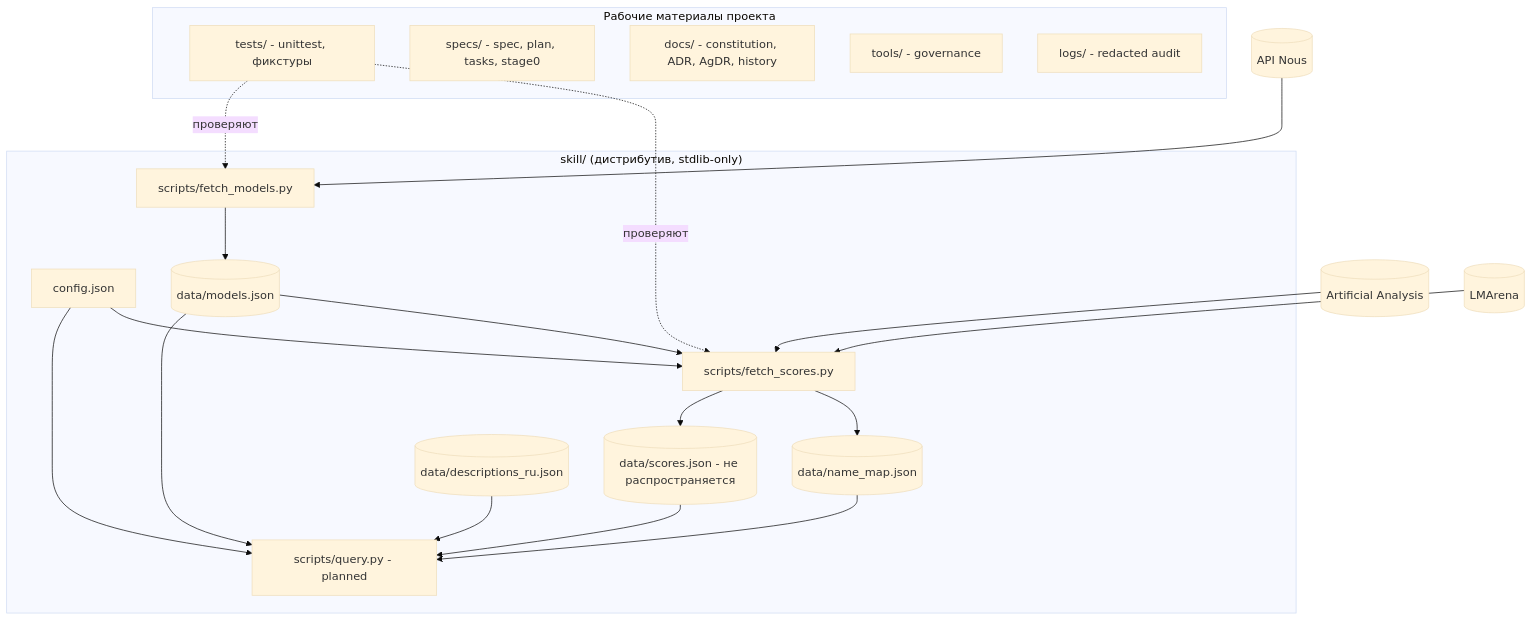
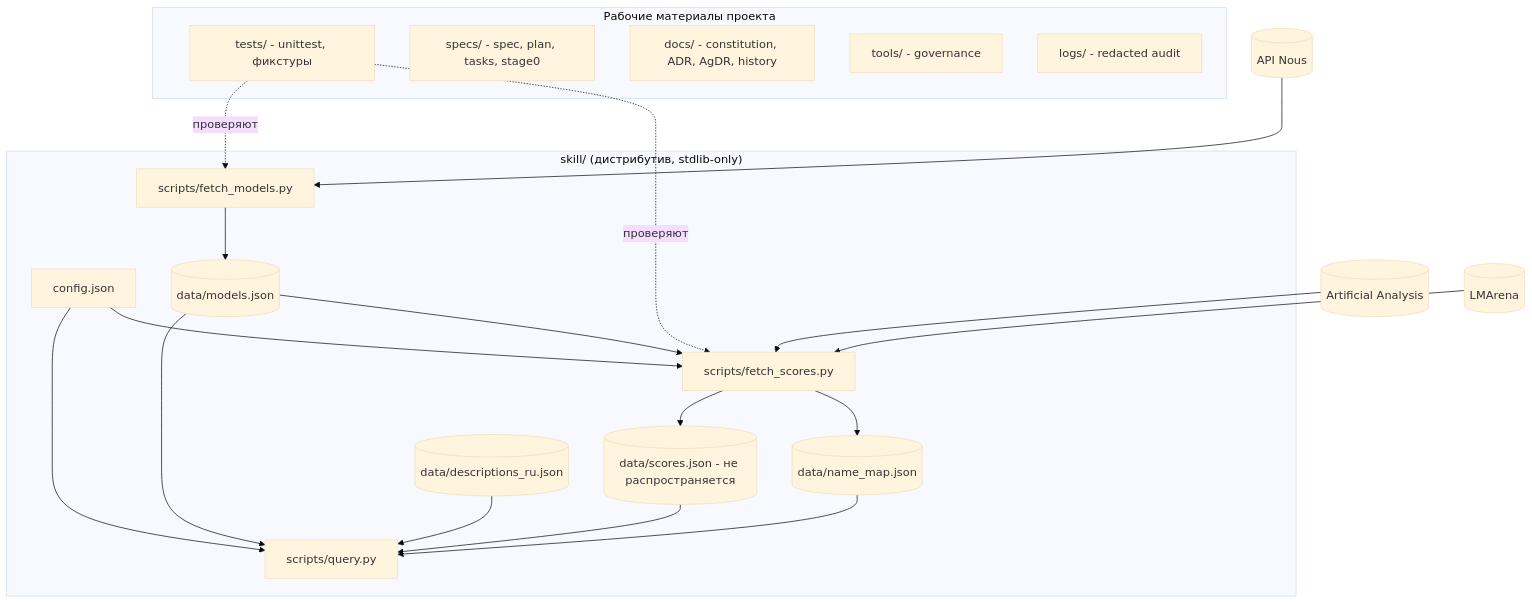
The diagram in docs/architecture/containers.md (thetamorphose/hermes-model-advisor), drawn with Mermaid (base theme) before and after one commit. The commit also changed other lines of this file and 7 other files, not shown here.

````diff
--- a/docs/architecture/containers.md
+++ b/docs/architecture/containers.md
@@ -5,35 +5,35 @@
 ```mermaid
 graph TB
     subgraph Skill["skill/ (дистрибутив, stdlib-only)"]
       FM[scripts/fetch_models.py]
       FS[scripts/fetch_scores.py]
-      Q[scripts/query.py - planned]
+      Q[scripts/query.py]
       Cfg[config.json]
       Models[(data/models.json)]
       Scores[(data/scores.json - не распространяется)]
       NameMap[(data/name_map.json)]
       Desc[(data/descriptions_ru.json)]
     end
     subgraph Project["Рабочие материалы проекта"]
       Tests[tests/ - unittest, фикстуры]
       Specs[specs/ - spec, plan, tasks, stage0]
       Docs[docs/ - constitution, ADR, AgDR, history]
       Tools[tools/ - governance]
       Logs[logs/ - redacted audit]
     end
     Nous[(API Nous)] --> FM
     FM --> Models
     AA[(Artificial Analysis)] --> FS
     Arena[(LMArena)] --> FS
     FS --> Scores
     FS --> NameMap
     Models --> Q
     Scores --> Q
     NameMap --> Q
     Desc --> Q
     Cfg --> Q
     Cfg --> FS
     Models --> FS
     Tests -.проверяют.-> FM
     Tests -.проверяют.-> FS
 ```
````
